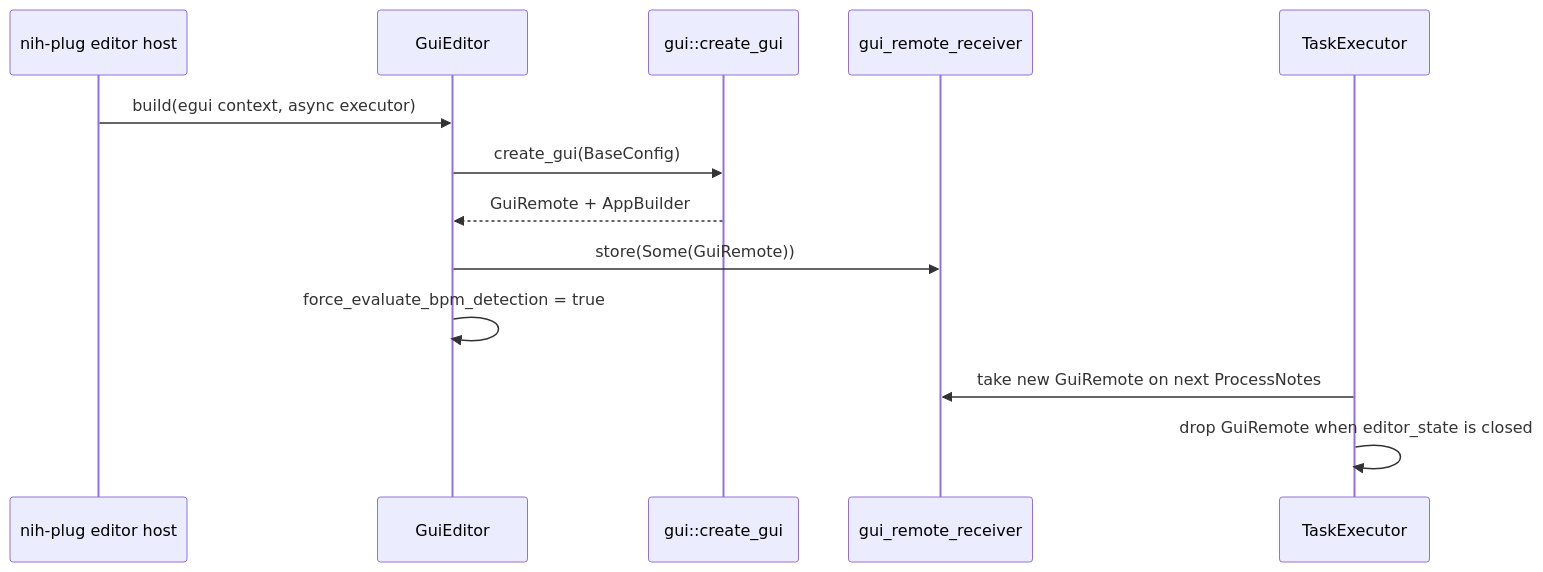
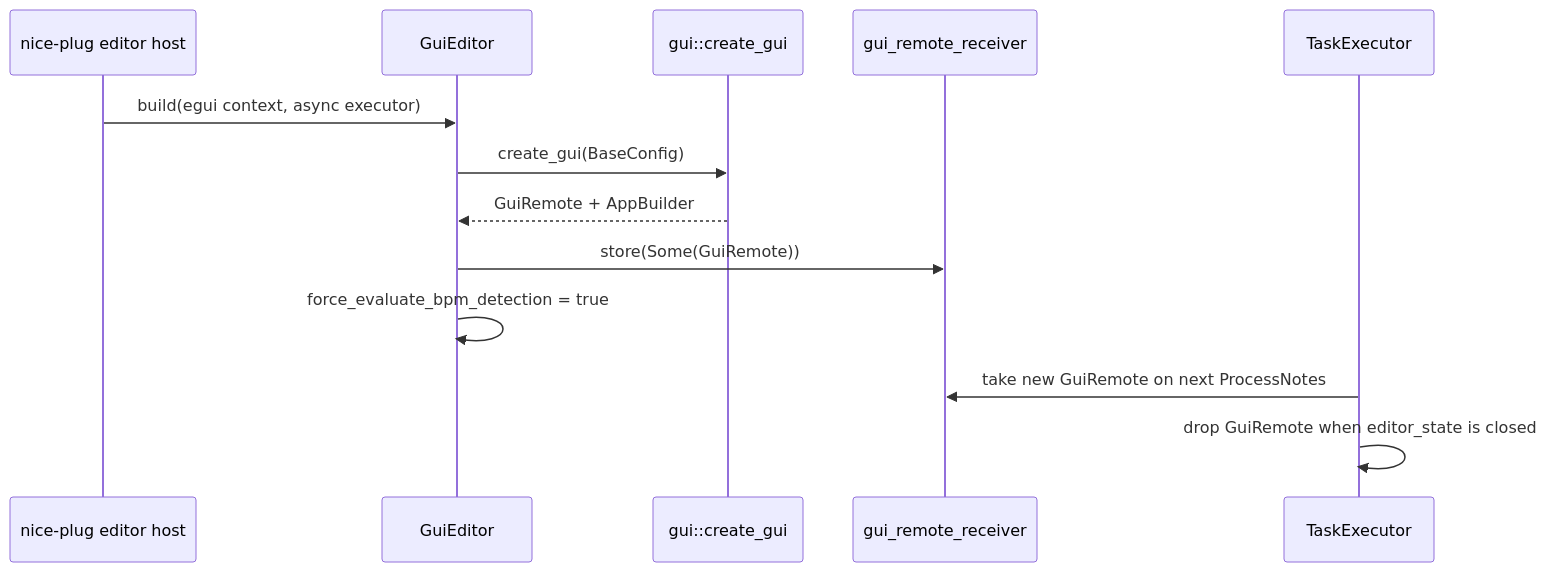
The seventh of 11 diagrams in docs/runtime-lifecycle.md (valsteen/midi_bpm_detection), drawn with Mermaid before and after one commit. The commit also changed other lines of this file and 98 other files, not shown here.

Commit message:
refactor: rename nice-plug parameter adapters

````diff
--- a/docs/runtime-lifecycle.md
+++ b/docs/runtime-lifecycle.md
@@ -274,16 +274,16 @@
 ```mermaid
 sequenceDiagram
-    participant Host as nih-plug editor host
+    participant Host as nice-plug editor host
     participant Editor as GuiEditor
     participant Gui as gui::create_gui
     participant RemoteCell as gui_remote_receiver
     participant Exec as TaskExecutor
 
     Host->>Editor: build(egui context, async executor)
     Editor->>Gui: create_gui(BaseConfig)
     Gui-->>Editor: GuiRemote + AppBuilder
     Editor->>RemoteCell: store(Some(GuiRemote))
     Editor->>Editor: force_evaluate_bpm_detection = true
     Exec->>RemoteCell: take new GuiRemote on next ProcessNotes
     Exec->>Exec: drop GuiRemote when editor_state is closed
 ```
````
